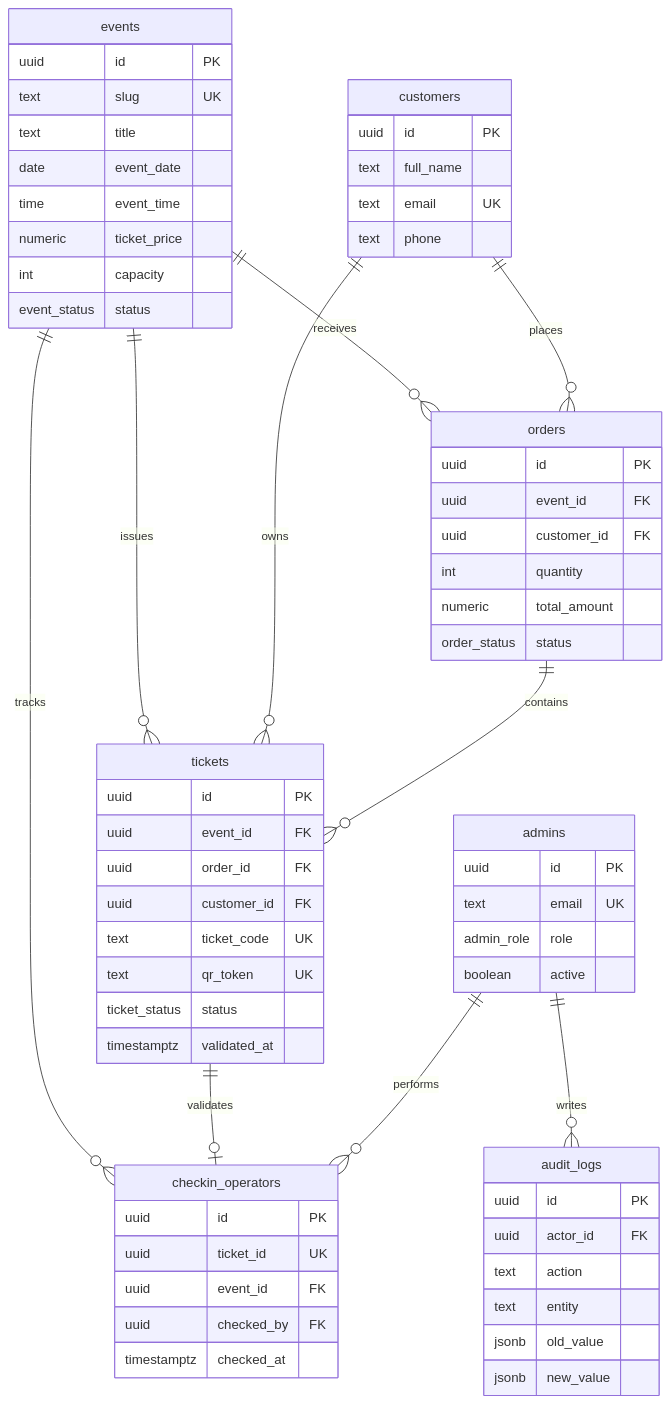
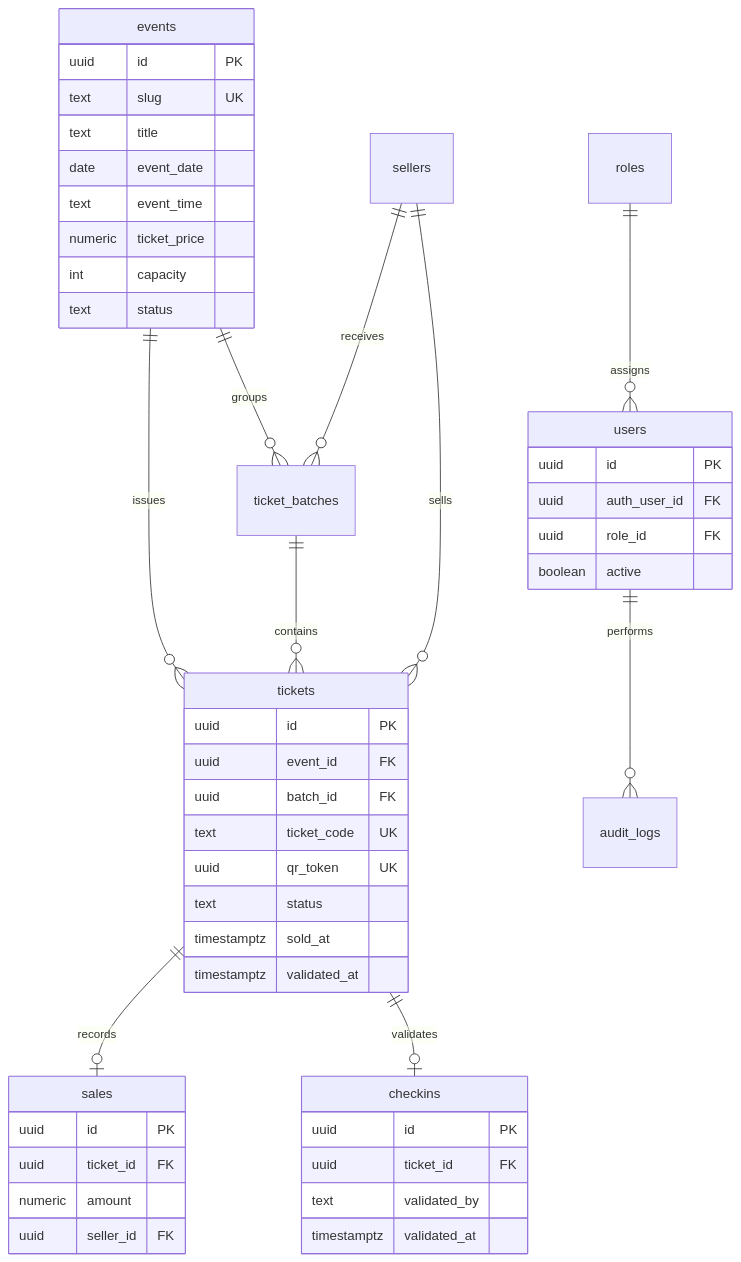
One commit to luis14mc/farecoh-web changed the diagram in ARCHITECTURE.md. Above: the diagram before and after it, drawn with Mermaid. The commit also changed other lines of this file and 36 other files, not shown here.

First line of the commit message:
Estabilizar ticketing con schema canónico y limpiar SQL legacy.

````diff
--- a/ARCHITECTURE.md
+++ b/ARCHITECTURE.md
@@ -20,74 +20,55 @@
 ```mermaid
 erDiagram
-  events ||--o{ orders : receives
+  roles ||--o{ users : assigns
+  events ||--o{ ticket_batches : groups
   events ||--o{ tickets : issues
-  events ||--o{ checkin_operators : tracks
-  customers ||--o{ orders : places
-  customers ||--o{ tickets : owns
-  orders ||--o{ tickets : contains
-  tickets ||--o| checkin_operators : validates
-  admins ||--o{ checkin_operators : performs
-  admins ||--o{ audit_logs : writes
+  ticket_batches ||--o{ tickets : contains
+  sellers ||--o{ ticket_batches : receives
+  sellers ||--o{ tickets : sells
+  tickets ||--o| sales : records
+  tickets ||--o| checkins : validates
+  users ||--o{ audit_logs : performs
 
   events {
     uuid id PK
     text slug UK
     text title
     date event_date
-    time event_time
+    text event_time
     numeric ticket_price
     int capacity
-    event_status status
-  }
-
-  customers {
-    uuid id PK
-    text full_name
-    text email UK
-    text phone
-  }
-
-  orders {
-    uuid id PK
-    uuid event_id FK
-    uuid customer_id FK
-    int quantity
-    numeric total_amount
-    order_status status
+    text status
   }
 
   tickets {
     uuid id PK
     uuid event_id FK
-    uuid order_id FK
-    uuid customer_id FK
+    uuid batch_id FK
     text ticket_code UK
-    text qr_token UK
-    ticket_status status
+    uuid qr_token UK
+    text status
+    timestamptz sold_at
     timestamptz validated_at
   }
 
-  checkin_operators {
+  sales {
     uuid id PK
-    uuid ticket_id UK
-    uuid event_id FK
-    uuid checked_by FK
-    timestamptz checked_at
+    uuid ticket_id FK
+    numeric amount
+    uuid seller_id FK
   }
 
-  admins {
+  checkins {
     uuid id PK
-    text email UK
-    admin_role role
+    uuid ticket_id FK
+    text validated_by
+    timestamptz validated_at
+  }
+
+  users {
+    uuid id PK
+    uuid auth_user_id FK
+    uuid role_id FK
     boolean active
   }
-
-  audit_logs {
-    uuid id PK
-    uuid actor_id FK
-    text action
-    text entity
-    jsonb old_value
-    jsonb new_value
-  }
 ```
````
